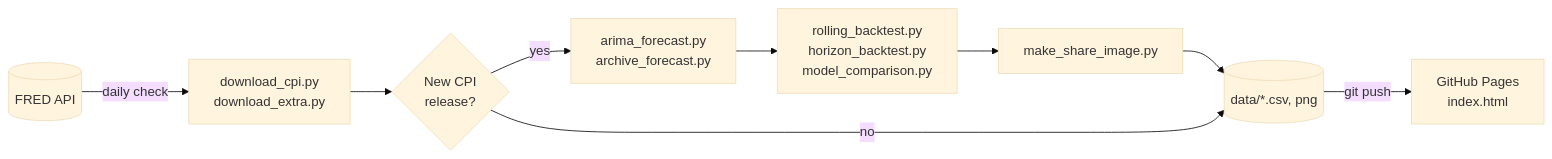
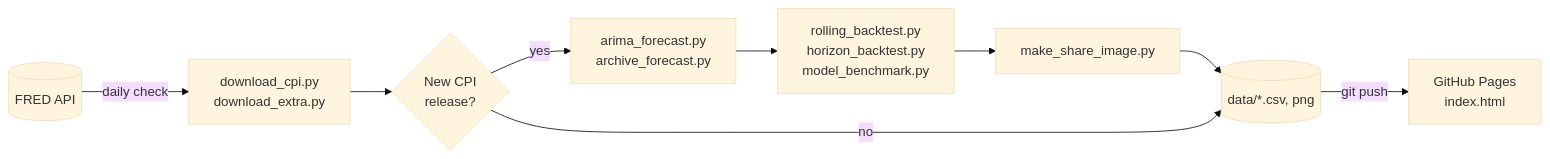
Before and after one commit to ppc1004/ai-inflation-forecast: the diagram in README.md, drawn with Mermaid (base theme). The commit also changed other lines of this file and 3 other files, not shown here.

````diff
--- a/README.md
+++ b/README.md
@@ -27,11 +28,11 @@
 ```mermaid
 flowchart LR
     FRED[(FRED API)] -->|daily check| A[download_cpi.py<br/>download_extra.py]
     A --> B{New CPI<br/>release?}
     B -->|yes| C[arima_forecast.py<br/>archive_forecast.py]
-    C --> D[rolling_backtest.py<br/>horizon_backtest.py<br/>model_comparison.py]
+    C --> D[rolling_backtest.py<br/>horizon_backtest.py<br/>model_benchmark.py]
     D --> E[make_share_image.py]
     E --> F[(data/*.csv, png)]
     B -->|no| F
     F -->|git push| G[GitHub Pages<br/>index.html]
 ```
````
